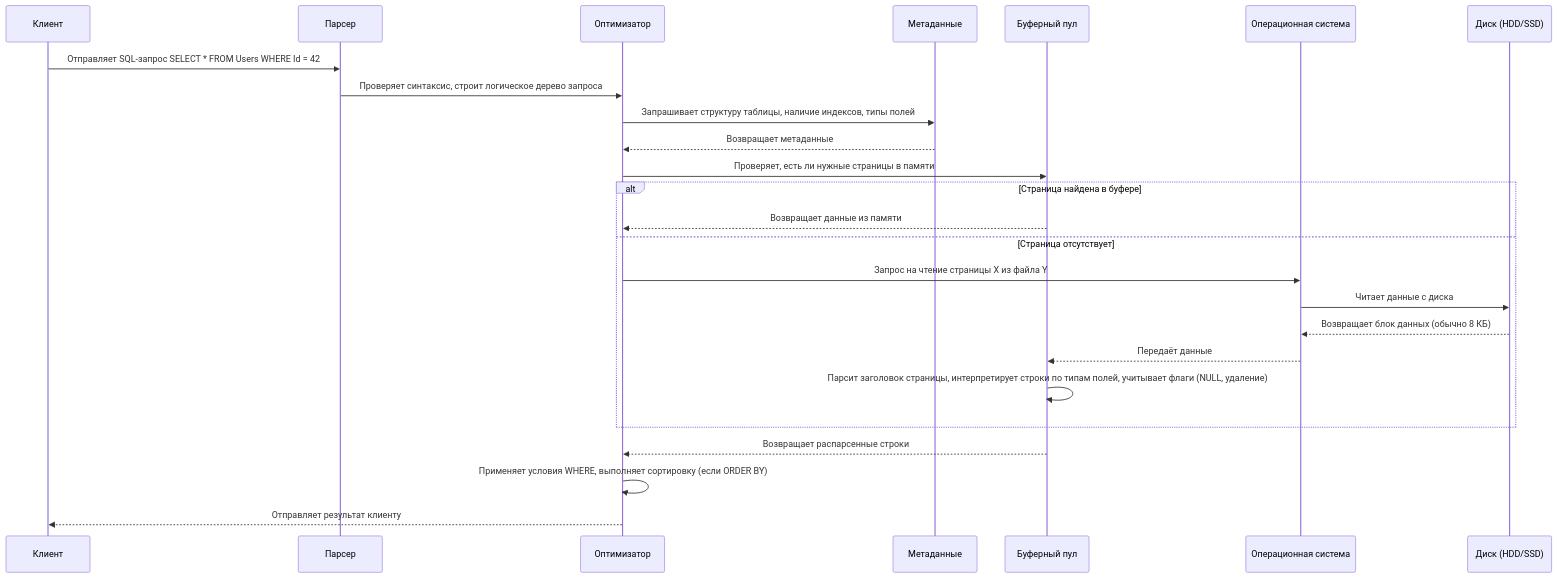
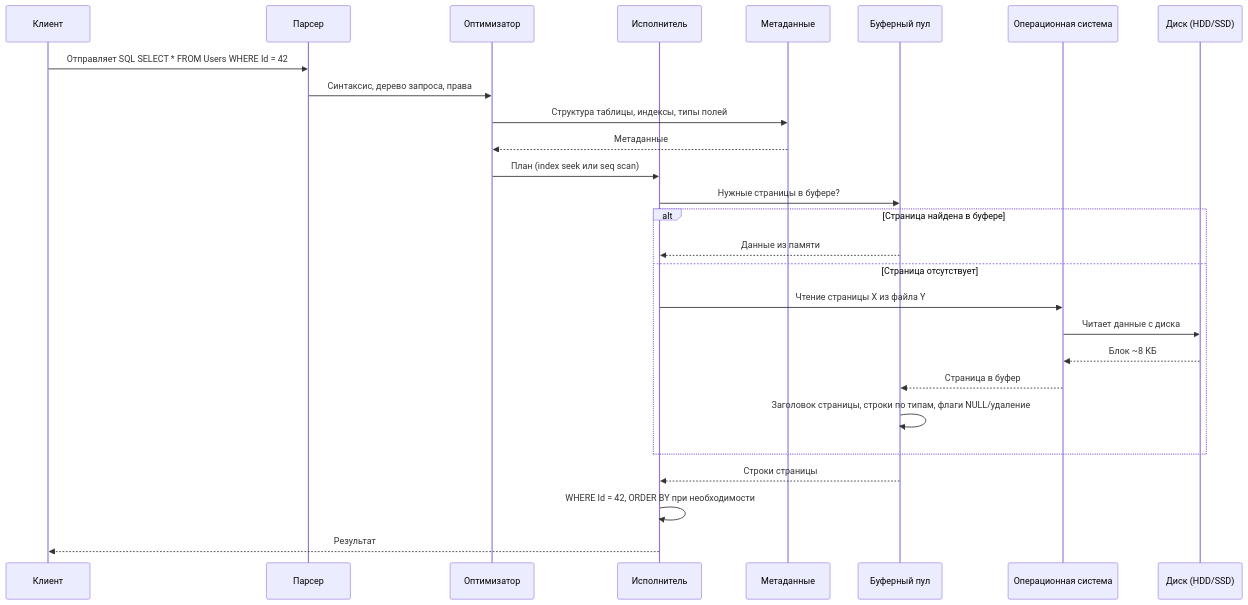
Before and after one commit to Spirzen/it-knowledge-base: the first of 2 diagrams in docs/encyclopedia/3-data-markup/3-05-osnovy-baz-dannyh/3.md, drawn with Mermaid. The commit also changed other lines of this file and 573 other files, not shown here.

````diff
--- a/docs/encyclopedia/3-data-markup/3-05-osnovy-baz-dannyh/3.md
+++ b/docs/encyclopedia/3-data-markup/3-05-osnovy-baz-dannyh/3.md
@@ -78,28 +97,30 @@
 ```mermaid
 sequenceDiagram
     participant Client as Клиент
     participant Parser as Парсер
     participant Optimizer as Оптимизатор
+    participant Executor as Исполнитель
     participant Metadata as Метаданные
     participant BufferPool as Буферный пул
     participant OS as Операционная система
     participant Disk as Диск (HDD/SSD)
 
-    Client->>Parser: Отправляет SQL-запрос SELECT * FROM Users WHERE Id = 42
-    Parser->>Optimizer: Проверяет синтаксис, строит логическое дерево запроса
-    Optimizer->>Metadata: Запрашивает структуру таблицы, наличие индексов, типы полей
-    Metadata-->>Optimizer: Возвращает метаданные
-    Optimizer->>BufferPool: Проверяет, есть ли нужные страницы в памяти
+    Client->>Parser: Отправляет SQL SELECT * FROM Users WHERE Id = 42
+    Parser->>Optimizer: Синтаксис, дерево запроса, права
+    Optimizer->>Metadata: Структура таблицы, индексы, типы полей
+    Metadata-->>Optimizer: Метаданные
+    Optimizer->>Executor: План (index seek или seq scan)
+    Executor->>BufferPool: Нужные страницы в буфере?
     alt Страница найдена в буфере
-        BufferPool-->>Optimizer: Возвращает данные из памяти
+        BufferPool-->>Executor: Данные из памяти
     else Страница отсутствует
-        Optimizer->>OS: Запрос на чтение страницы X из файла Y
+        Executor->>OS: Чтение страницы X из файла Y
         OS->>Disk: Читает данные с диска
-        Disk-->>OS: Возвращает блок данных (обычно 8 КБ)
-        OS-->>BufferPool: Передаёт данные
-        BufferPool->>BufferPool: Парсит заголовок страницы, интерпретирует строки по типам полей, учитывает флаги (NULL, удаление)
+        Disk-->>OS: Блок ~8 КБ
+        OS-->>BufferPool: Страница в буфер
+        BufferPool->>BufferPool: Заголовок страницы, строки по типам, флаги NULL/удаление
     end
-    BufferPool-->>Optimizer: Возвращает распарсенные строки
-    Optimizer->>Optimizer: Применяет условия WHERE, выполняет сортировку (если ORDER BY)
-    Optimizer-->>Client: Отправляет результат клиенту
+    BufferPool-->>Executor: Строки страницы
+    Executor->>Executor: WHERE Id = 42, ORDER BY при необходимости
+    Executor-->>Client: Результат
 ```
````
